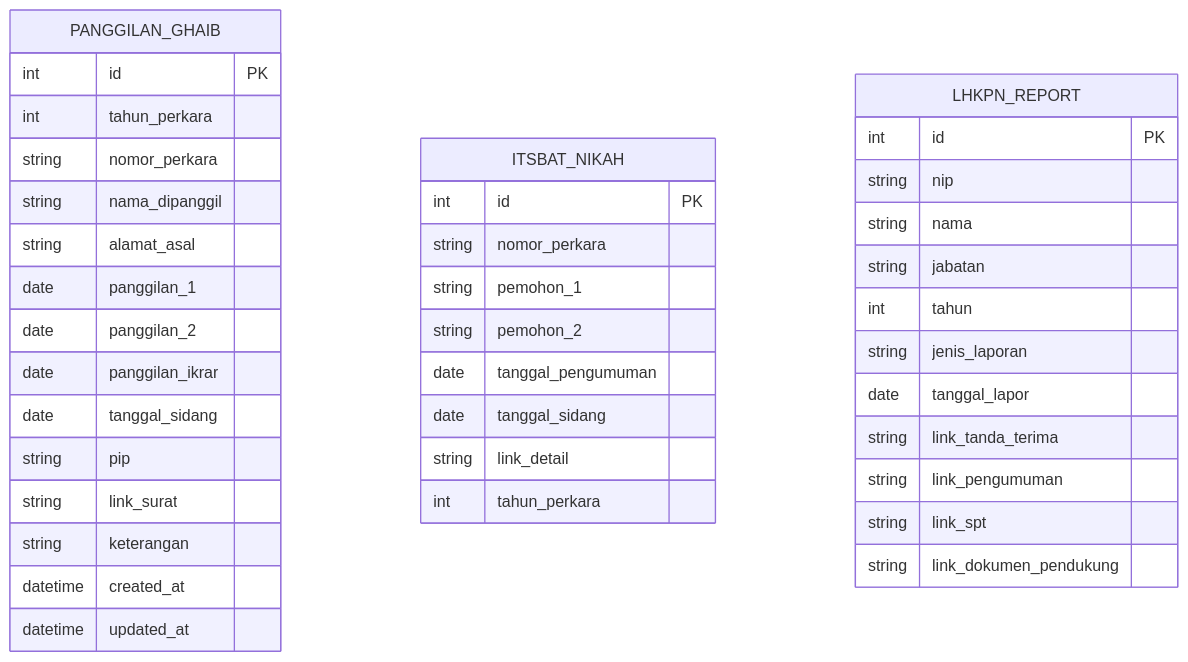
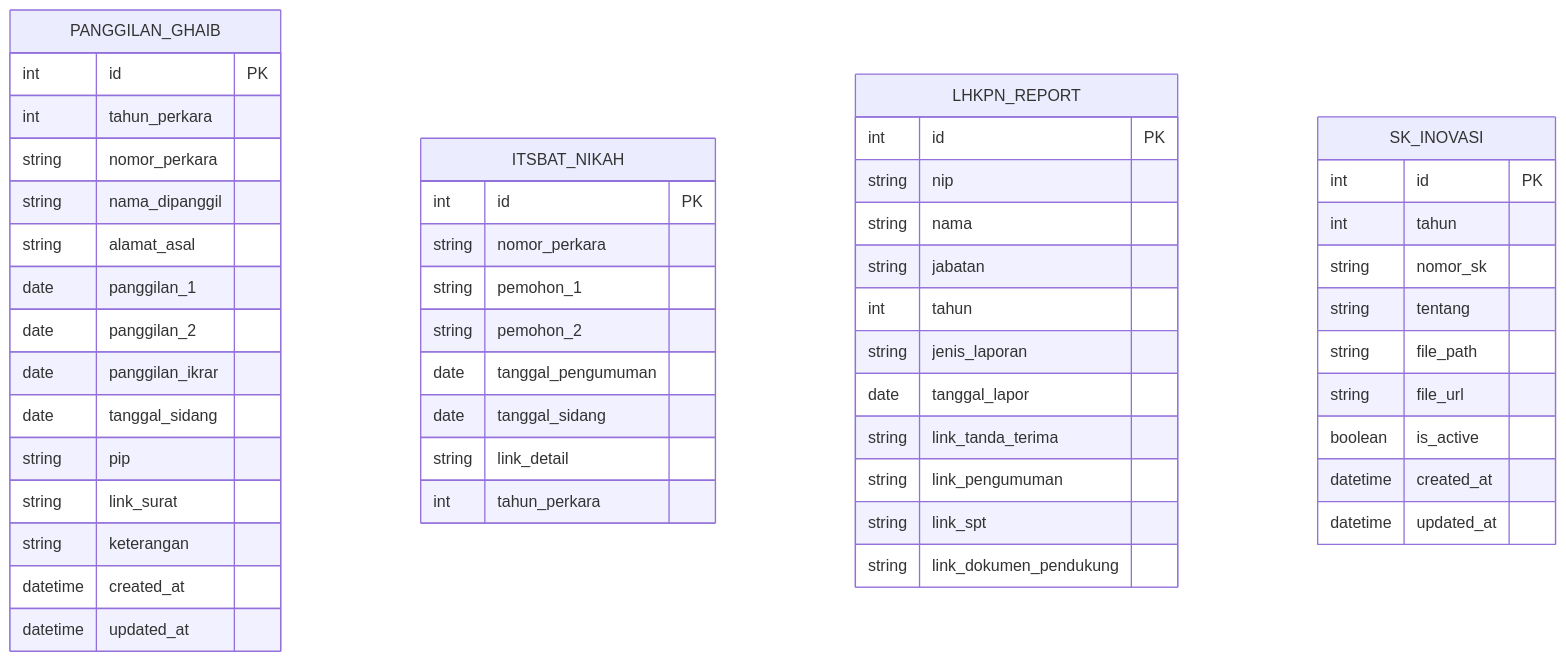
One commit to backuppapnj/api-web changed the fifth of 5 diagrams in .qoder/repowiki/en/content/API Reference/API Reference.md. Above: the diagram before and after it, drawn with Mermaid. The commit also changed other lines of this file and 13 other files, not shown here.

````diff
--- a/.qoder/repowiki/en/content/API Reference/API Reference.md
+++ b/.qoder/repowiki/en/content/API Reference/API Reference.md
@@ -615,42 +647,53 @@
 ```mermaid
 erDiagram
 PANGGILAN_GHAIB {
 int id PK
 int tahun_perkara
 string nomor_perkara
 string nama_dipanggil
 string alamat_asal
 date panggilan_1
 date panggilan_2
 date panggilan_ikrar
 date tanggal_sidang
 string pip
 string link_surat
 string keterangan
 datetime created_at
 datetime updated_at
 }
 ITSBAT_NIKAH {
 int id PK
 string nomor_perkara
 string pemohon_1
 string pemohon_2
 date tanggal_pengumuman
 date tanggal_sidang
 string link_detail
 int tahun_perkara
 }
 LHKPN_REPORT {
 int id PK
 string nip
 string nama
 string jabatan
 int tahun
 string jenis_laporan
 date tanggal_lapor
 string link_tanda_terima
 string link_pengumuman
 string link_spt
 string link_dokumen_pendukung
 }
+SK_INOVASI {
+int id PK
+int tahun
+string nomor_sk
+string tentang
+string file_path
+string file_url
+boolean is_active
+datetime created_at
+datetime updated_at
+}
 ```
````
